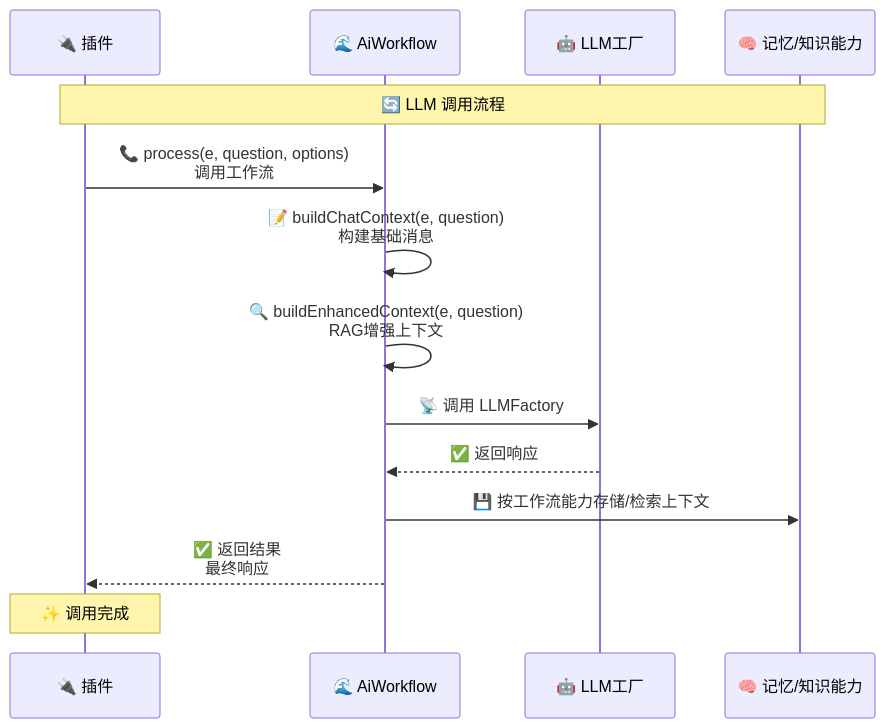
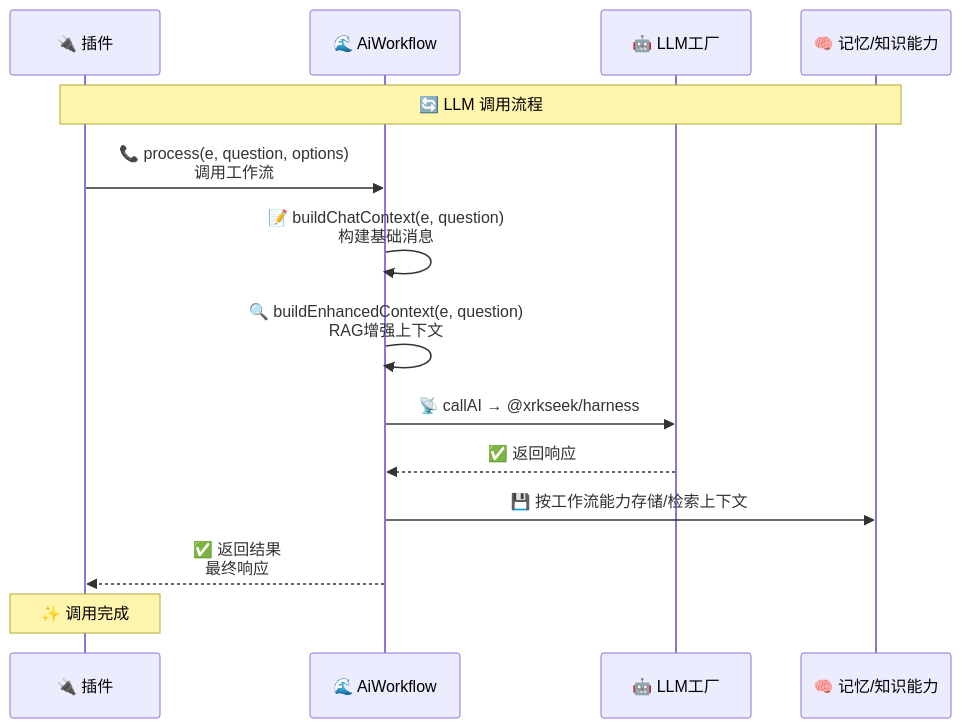
Before and after one commit to xrkseek/XRK-AGT: the diagram in docs/ai-workflow.md, drawn with Mermaid. The commit also changed other lines of this file and 245 other files, not shown here.

````diff
--- a/docs/ai-workflow.md
+++ b/docs/ai-workflow.md
@@ -118,19 +120,19 @@
 ```mermaid
 sequenceDiagram
     participant Plugin as 🔌 插件
     participant Stream as 🌊 AiWorkflow
     participant LLM as 🤖 LLM工厂
     participant Memory as 🧠 记忆/知识能力
     
     Note over Plugin,Memory: 🔄 LLM 调用流程
     
     Plugin->>Stream: 📞 process(e, question, options)<br/>调用工作流
     Stream->>Stream: 📝 buildChatContext(e, question)<br/>构建基础消息
     Stream->>Stream: 🔍 buildEnhancedContext(e, question)<br/>RAG增强上下文
-    Stream->>LLM: 📡 调用 LLMFactory
+    Stream->>LLM: 📡 callAI → @xrkseek/harness
     LLM-->>Stream: ✅ 返回响应
     Stream->>Memory: 💾 按工作流能力存储/检索上下文
     Stream-->>Plugin: ✅ 返回结果<br/>最终响应
     
     Note over Plugin: ✨ 调用完成
 ```
````
